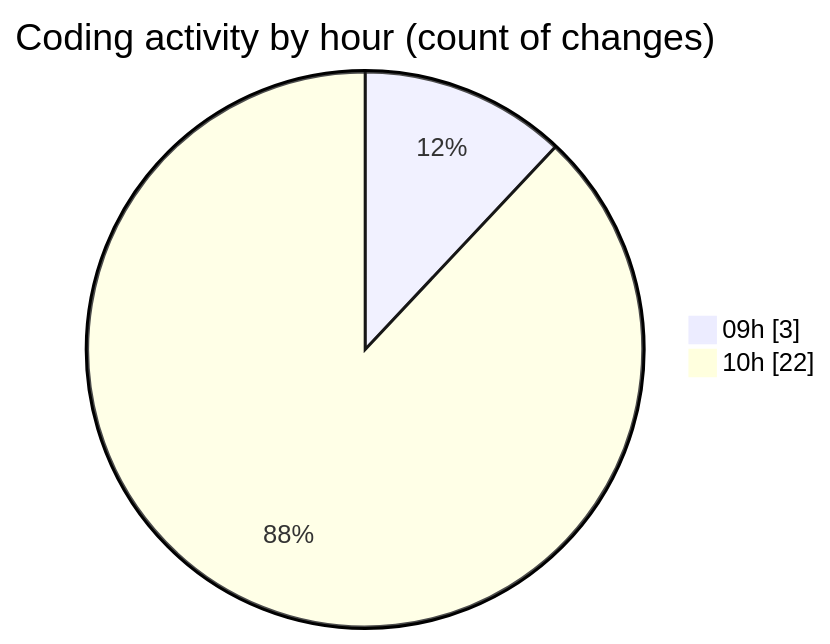
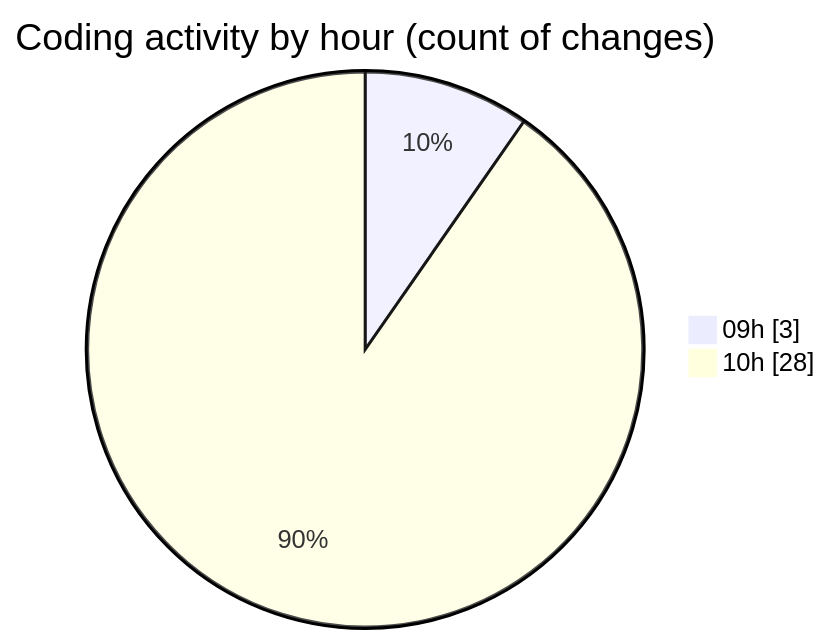
One commit to momahboobian/code-tracking changed the second of 2 diagrams in 2025-11-19/cda/README.md. Above: the diagram before and after it, drawn with Mermaid. The commit also changed other lines of this file and 1 other file, not shown here.

````diff
--- a/2025-11-19/cda/README.md
+++ b/2025-11-19/cda/README.md
@@ -30,6 +30,6 @@
 ```mermaid
 pie showData
 title Coding activity by hour (count of changes)
 "09h" : 3
-"10h" : 22
+"10h" : 28
 ```
````
